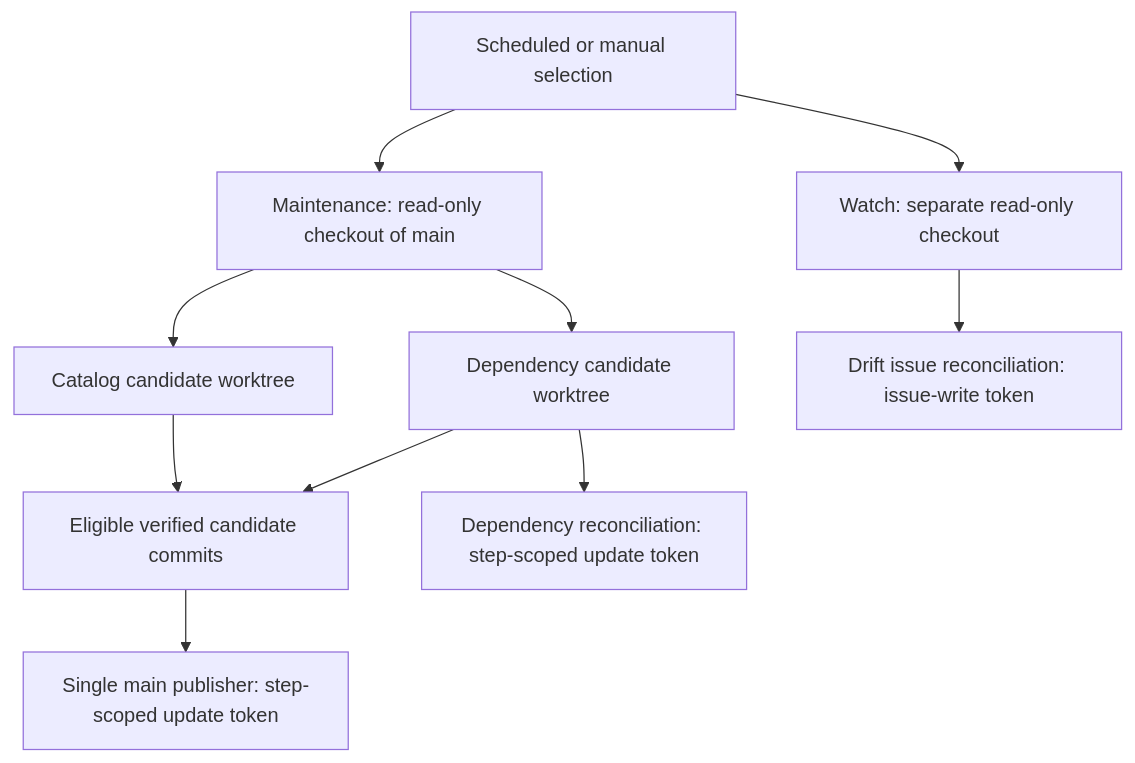
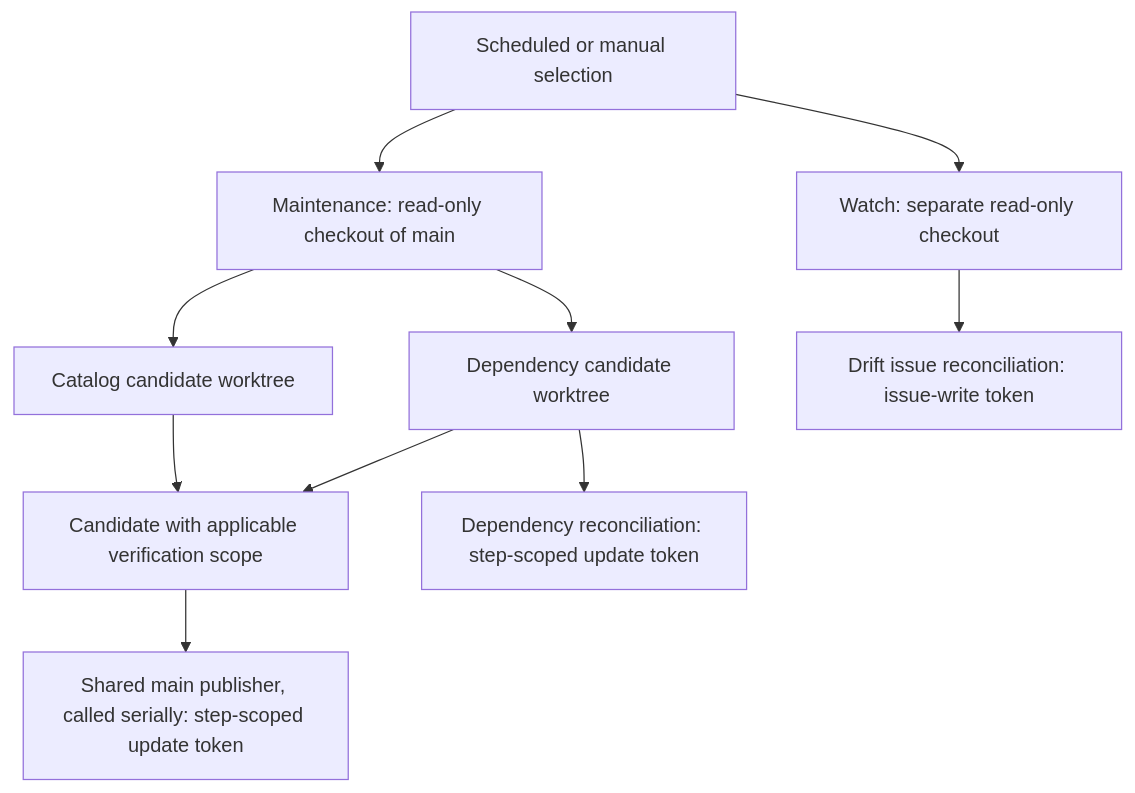
Before and after one commit to hyperlapse122/dotfiles: the second of 3 diagrams in .compound-engineering/artifacts/plans/2026-11-10-2200-refactor-unified-scheduled-updates-plan.md, drawn with Mermaid. The commit also changed other lines of this file and 14 other files, not shown here.

````diff
--- a/.compound-engineering/artifacts/plans/2026-11-10-2200-refactor-unified-scheduled-updates-plan.md
+++ b/.compound-engineering/artifacts/plans/2026-11-10-2200-refactor-unified-scheduled-updates-plan.md
@@ -130,12 +130,12 @@
 ```mermaid
 flowchart TB
   T[Scheduled or manual selection] --> M[Maintenance: read-only checkout of main]
   T --> W[Watch: separate read-only checkout]
   M --> D[Dependency candidate worktree]
   M --> C[Catalog candidate worktree]
-  D --> V[Eligible verified candidate commits]
+  D --> V[Candidate with applicable verification scope]
   C --> V
-  V --> P[Single main publisher: step-scoped update token]
+  V --> P[Shared main publisher, called serially: step-scoped update token]
   D --> R[Dependency reconciliation: step-scoped update token]
   W --> I[Drift issue reconciliation: issue-write token]
 ```
````
